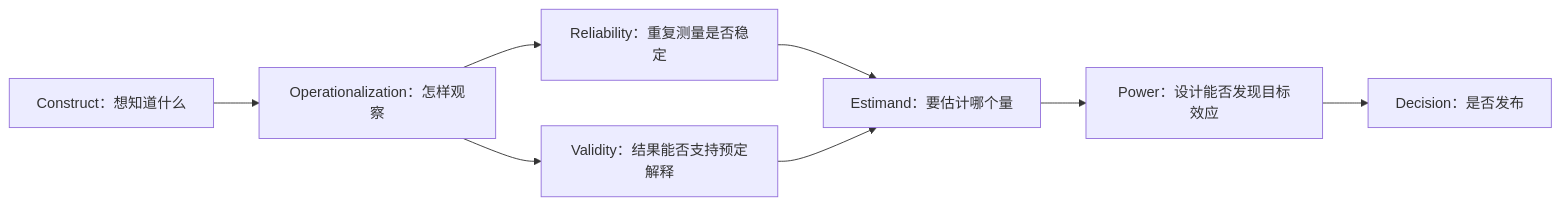
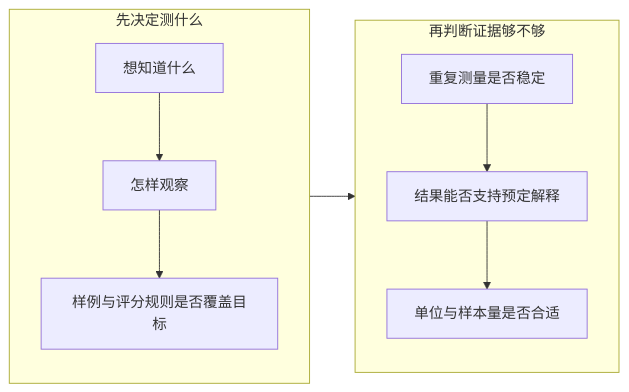
Before and after one commit to NightLemon/about-llm: the diagram in docs/quality/evaluation-measurement.md, drawn with Mermaid. The commit also changed other lines of this file, not shown here.

````diff
--- a/docs/quality/evaluation-measurement.md
+++ b/docs/quality/evaluation-measurement.md
@@ -23,10 +24,12 @@
 ```mermaid
 flowchart LR
-  C["Construct：想知道什么"] --> O["Operationalization：怎样观察"]
-  O --> R["Reliability：重复测量是否稳定"]
-  O --> V["Validity：结果能否支持预定解释"]
-  R --> E["Estimand：要估计哪个量"]
-  V --> E
-  E --> P["Power：设计能否发现目标效应"]
-  P --> D["Decision：是否发布"]
+  subgraph A["先决定测什么"]
+    direction TB
+    C["想知道什么"] --> O["怎样观察"] --> B["样例与评分规则是否覆盖目标"]
+  end
+  subgraph E["再判断证据够不够"]
+    direction TB
+    R["重复测量是否稳定"] --> V["结果能否支持预定解释"] --> P["单位与样本量是否合适"]
+  end
+  B --> R
 ```
````
